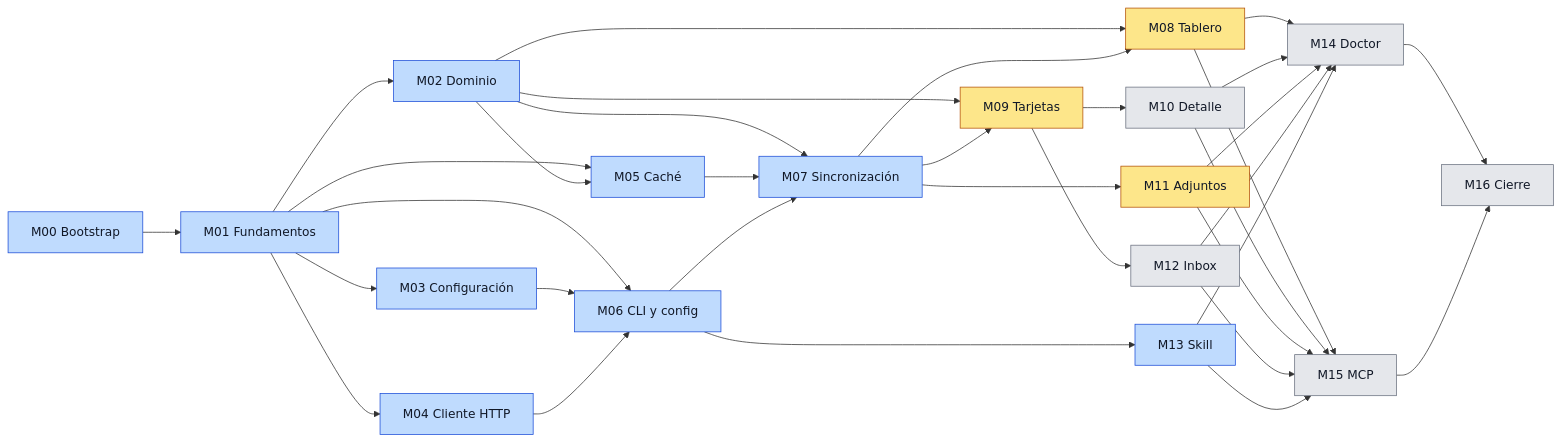
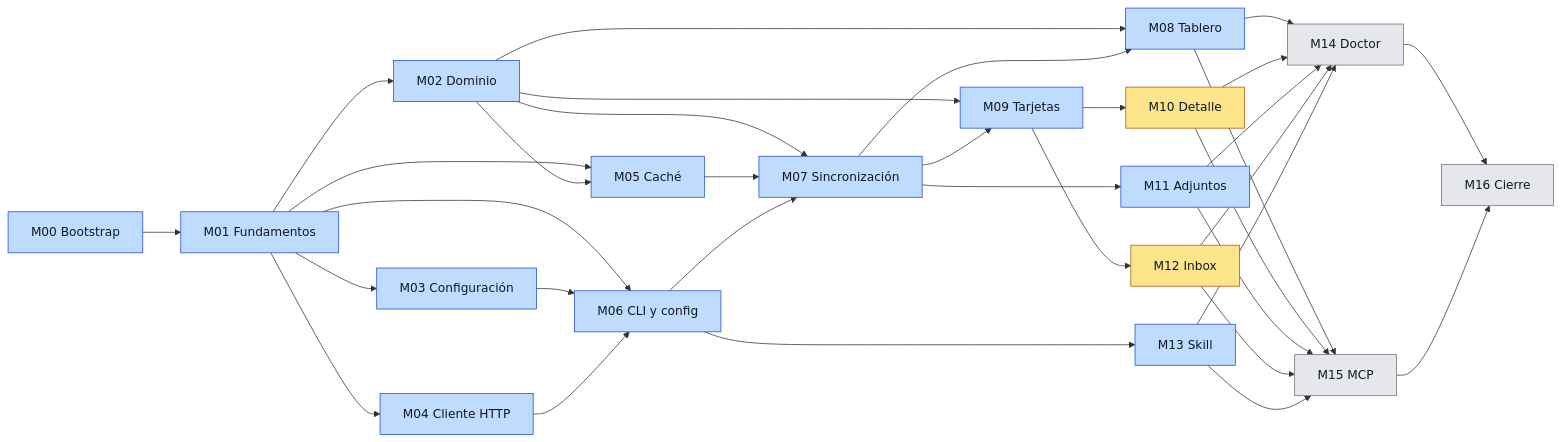
Before and after one commit to dayler/trelloctl: the diagram in docs/plan/00-plan-maestro.md, drawn with Mermaid. The commit also changed other lines of this file, not shown here.

Commit message:
docs(plan): wave 5 in review, start wave 6

````diff
--- a/docs/plan/00-plan-maestro.md
+++ b/docs/plan/00-plan-maestro.md
@@ -84,48 +84,49 @@
 ```mermaid
 flowchart LR
     M00[M00 Bootstrap] --> M01[M01 Fundamentos]
     M01 --> M02[M02 Dominio]
     M01 --> M03[M03 Configuración]
     M01 --> M04[M04 Cliente HTTP]
     M01 --> M05[M05 Caché]
     M02 --> M05
     M01 --> M06[M06 CLI y config]
     M03 --> M06
     M04 --> M06
     M02 --> M07[M07 Sincronización]
     M05 --> M07
     M06 --> M07
     M06 --> M13[M13 Skill]
     M02 --> M08[M08 Tablero]
     M07 --> M08
     M02 --> M09[M09 Tarjetas]
     M07 --> M09
     M07 --> M11[M11 Adjuntos]
     M09 --> M10[M10 Detalle]
     M09 --> M12[M12 Inbox]
     M08 --> M14[M14 Doctor]
     M10 --> M14
     M11 --> M14
     M12 --> M14
     M13 --> M14
     M08 --> M15[M15 MCP]
     M10 --> M15
     M11 --> M15
     M12 --> M15
     M13 --> M15
     M14 --> M16[M16 Cierre]
     M15 --> M16
 
     classDef pending fill:#e5e7eb,stroke:#6b7280,color:#111827
     classDef in_progress fill:#fde68a,stroke:#b45309,color:#111827
     classDef in_review fill:#bfdbfe,stroke:#1d4ed8,color:#111827
     classDef done fill:#bbf7d0,stroke:#15803d,color:#111827
     classDef blocked fill:#fecaca,stroke:#b91c1c,color:#111827
-    class M10,M12,M14,M15,M16 pending
+    class M14,M15,M16 pending
     class M00 in_review
     class M01 in_review
     class M02,M03,M04 in_review
     class M05,M06 in_review
     class M07,M13 in_review
-    class M08,M09,M11 in_progress
+    class M08,M09,M11 in_review
+    class M10,M12 in_progress
 ```
````
